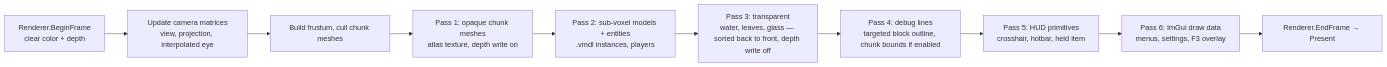
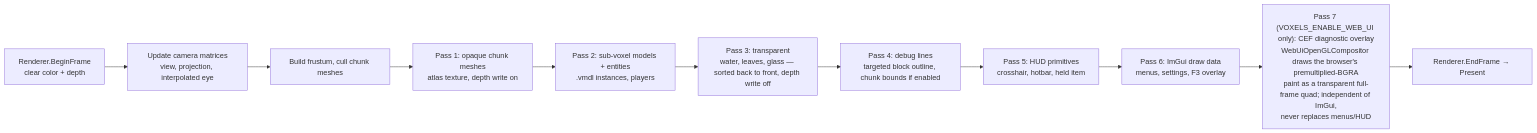
One commit to GoGurtPrime/voxels changed the sixth of 16 diagrams in DIAGRAMS.md. Above: the diagram before and after it, drawn with Mermaid. The commit also changed other lines of this file and 2 other files, not shown here.

First line of the commit message:
Agent: Document WI-03.02 CEF overlay wiring in architecture docs

````diff
--- a/DIAGRAMS.md
+++ b/DIAGRAMS.md
@@ -268,12 +277,13 @@
 ```mermaid
 flowchart LR
     BEGIN["Renderer.BeginFrame<br/>clear color + depth"] --> CAMU["Update camera matrices<br/>view, projection, interpolated eye"]
     CAMU --> FRUS["Build frustum, cull chunk meshes"]
     FRUS --> OPAQUE["Pass 1: opaque chunk meshes<br/>atlas texture, depth write on"]
     OPAQUE --> MODELS["Pass 2: sub-voxel models + entities<br/>.vmdl instances, players"]
     MODELS --> WATER["Pass 3: transparent<br/>water, leaves, glass — sorted back to front, depth write off"]
     WATER --> DEBUG["Pass 4: debug lines<br/>targeted block outline, chunk bounds if enabled"]
     DEBUG --> HUD["Pass 5: HUD primitives<br/>crosshair, hotbar, held item"]
     HUD --> IMGUI["Pass 6: ImGui draw data<br/>menus, settings, F3 overlay"]
-    IMGUI --> PRES["Renderer.EndFrame → Present"]
+    IMGUI --> WEBUI["Pass 7 (VOXELS_ENABLE_WEB_UI only): CEF diagnostic overlay<br/>WebUiOpenGLCompositor draws the browser's premultiplied-BGRA<br/>paint as a transparent full-frame quad; independent of ImGui,<br/>never replaces menus/HUD"]
+    WEBUI --> PRES["Renderer.EndFrame → Present"]
 ```
````
